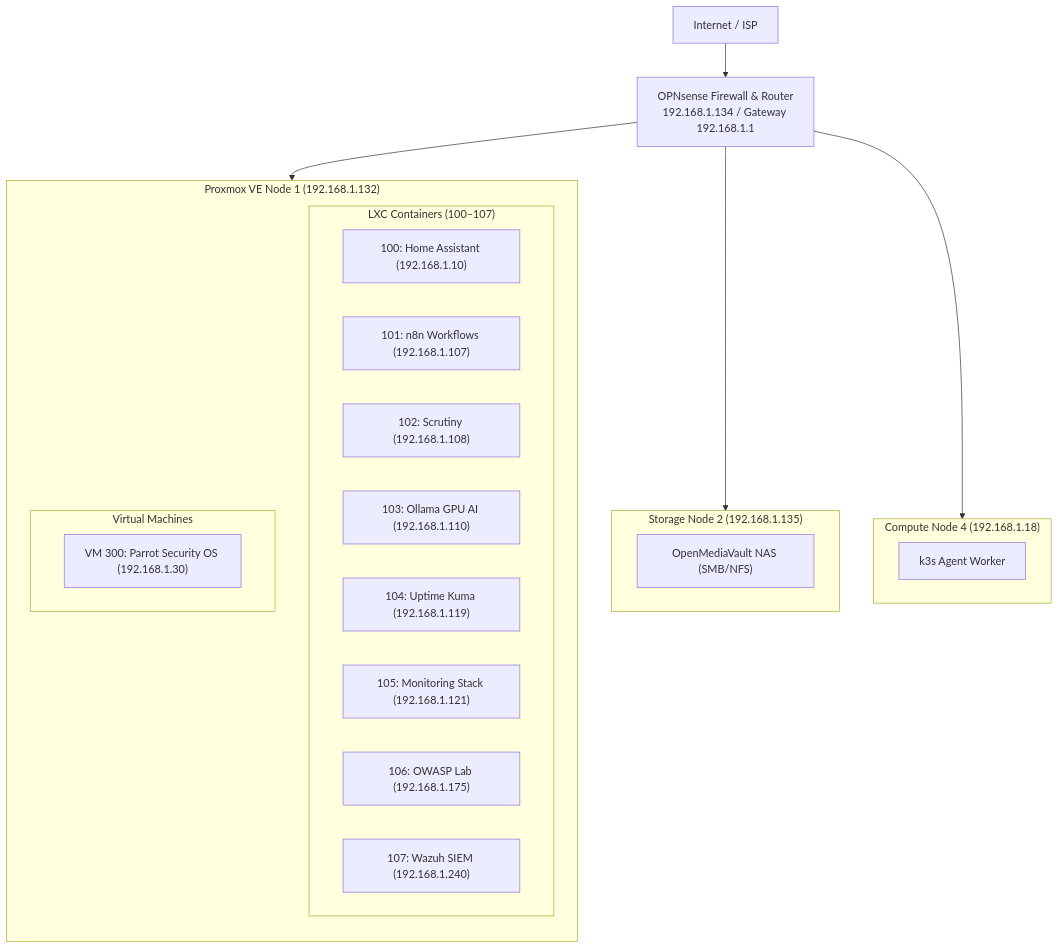
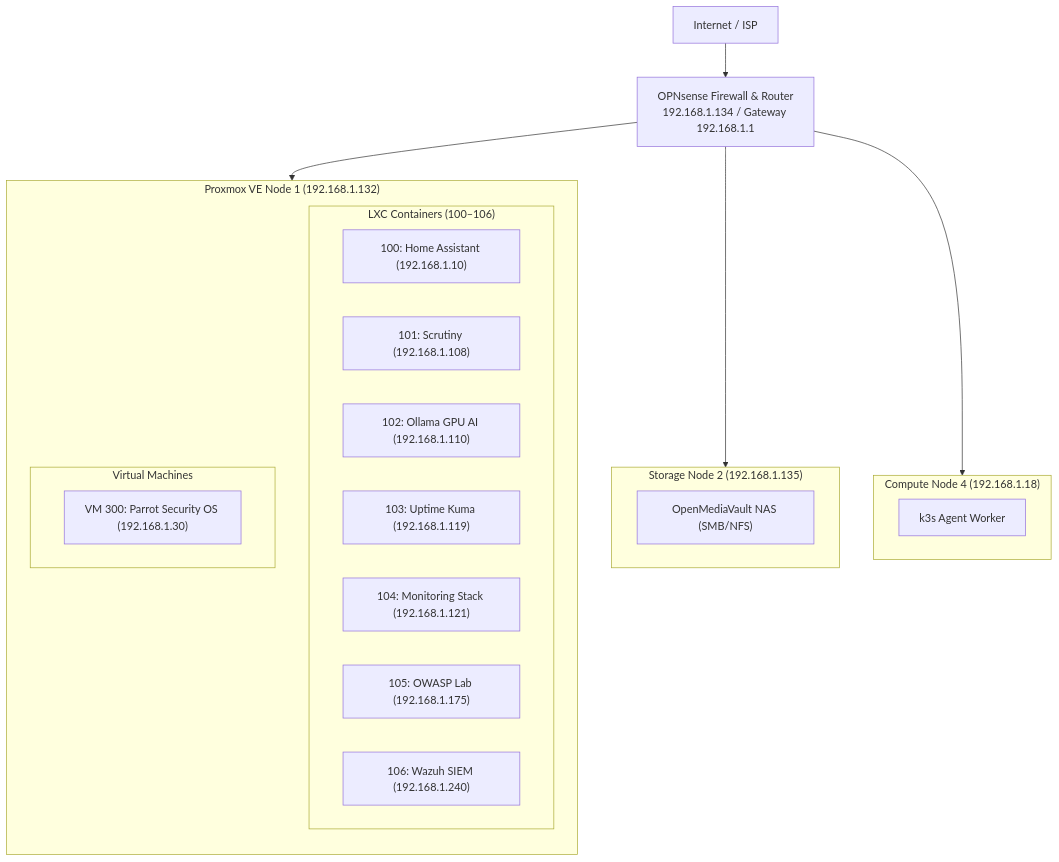
Before and after one commit to stefanutc1/infrastructure: the diagram in README.md, drawn with Mermaid. The commit also changed other lines of this file and 23 other files, not shown here.

Commit message:
refactor: delete n8n, renumber LXC containers to 100-106, sync web and IaC

````diff
--- a/README.md
+++ b/README.md
@@ -28,34 +28,33 @@
 ```mermaid
 flowchart TB
     WAN["Internet / ISP"] --> OPN["OPNsense Firewall & Router<br/>192.168.1.134 / Gateway 192.168.1.1"]
 
     subgraph PVE["Proxmox VE Node 1 (192.168.1.132)"]
         direction TB
-        subgraph LXC["LXC Containers (100–107)"]
+        subgraph LXC["LXC Containers (100–106)"]
             HA["100: Home Assistant (192.168.1.10)"]
-            N8N["101: n8n Workflows (192.168.1.107)"]
-            SCR["102: Scrutiny (192.168.1.108)"]
-            OLL["103: Ollama GPU AI (192.168.1.110)"]
-            UK["104: Uptime Kuma (192.168.1.119)"]
-            MON["105: Monitoring Stack (192.168.1.121)"]
-            OWASP["106: OWASP Lab (192.168.1.175)"]
-            WAZ["107: Wazuh SIEM (192.168.1.240)"]
+            SCR["101: Scrutiny (192.168.1.108)"]
+            OLL["102: Ollama GPU AI (192.168.1.110)"]
+            UK["103: Uptime Kuma (192.168.1.119)"]
+            MON["104: Monitoring Stack (192.168.1.121)"]
+            OWASP["105: OWASP Lab (192.168.1.175)"]
+            WAZ["106: Wazuh SIEM (192.168.1.240)"]
         end
 
         subgraph VMS["Virtual Machines"]
             PARROT["VM 300: Parrot Security OS (192.168.1.30)"]
         end
     end
 
     subgraph STORAGE["Storage Node 2 (192.168.1.135)"]
         OMV["OpenMediaVault NAS (SMB/NFS)"]
     end
 
     subgraph K8S["Compute Node 4 (192.168.1.18)"]
         K3S["k3s Agent Worker"]
     end
 
     OPN --> PVE
     OPN --> STORAGE
     OPN --> K8S
 ```
````
